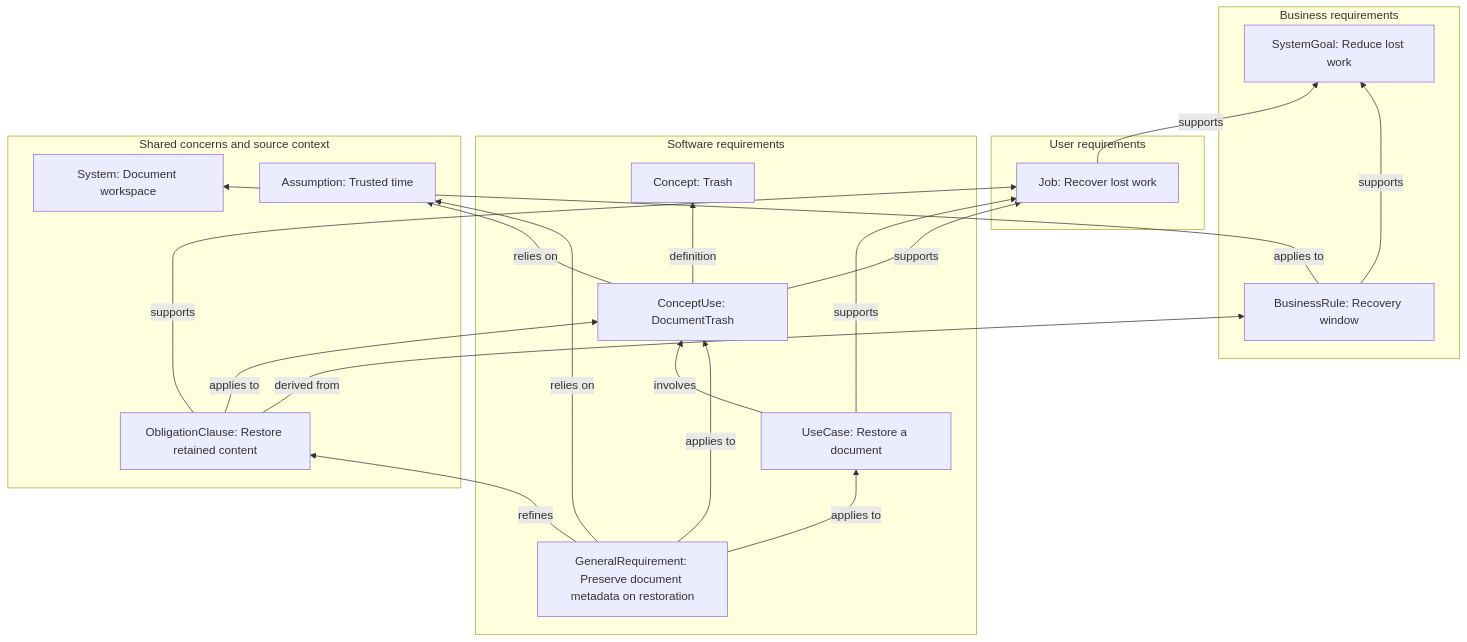
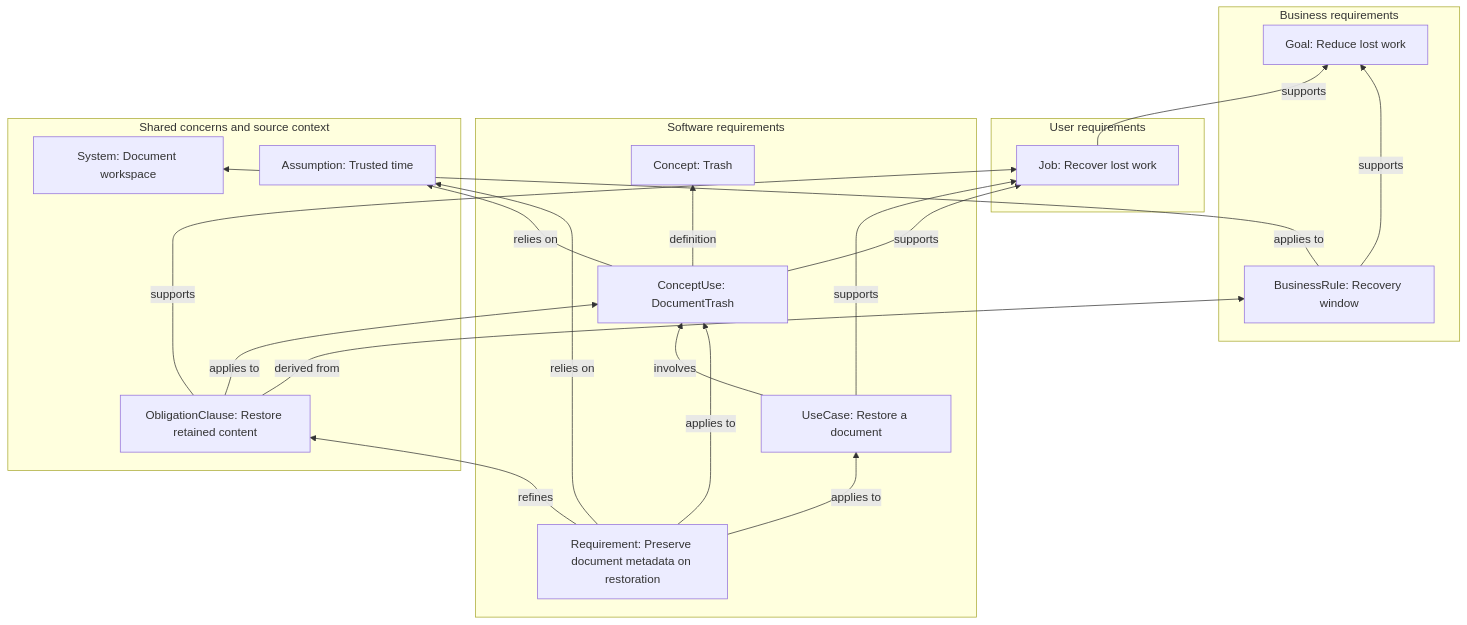
Before and after one commit to craigsmitham/dotspec: the diagram in docs/reference/requirements-traceability-example.md, drawn with Mermaid. The commit also changed other lines of this file and 139 other files, not shown here.

````diff
--- a/docs/reference/requirements-traceability-example.md
+++ b/docs/reference/requirements-traceability-example.md
@@ -35,36 +35,36 @@
 ```mermaid
 flowchart BT
     subgraph g0["Business requirements"]
         n0["BusinessRule: Recovery window"]
-        n6["SystemGoal: Reduce lost work"]
+        n6["Goal: Reduce lost work"]
     end
     subgraph g1["User requirements"]
         n2["Job: Recover lost work"]
     end
     subgraph g2["Software requirements"]
         n1["Concept: Trash"]
-        n3["GeneralRequirement: Preserve document metadata on restoration"]
+        n3["Requirement: Preserve document metadata on restoration"]
         n5["ConceptUse: DocumentTrash"]
         n8["UseCase: Restore a document"]
     end
     subgraph g3["Shared concerns and source context"]
         n4["System: Document workspace"]
         n7["Assumption: Trusted time"]
         n9["ObligationClause: Restore retained content"]
     end
     n0 -->|"supports"| n6
     n0 -->|"applies to"| n4
     n2 -->|"supports"| n6
     n3 -->|"refines"| n9
     n3 -->|"relies on"| n7
     n3 -->|"applies to"| n8
     n3 -->|"applies to"| n5
     n5 -->|"supports"| n2
     n5 -->|"relies on"| n7
     n5 -->|"definition"| n1
     n8 -->|"supports"| n2
     n8 -->|"involves"| n5
     n9 -->|"supports"| n2
     n9 -->|"derived from"| n0
     n9 -->|"applies to"| n5
 ```
````
